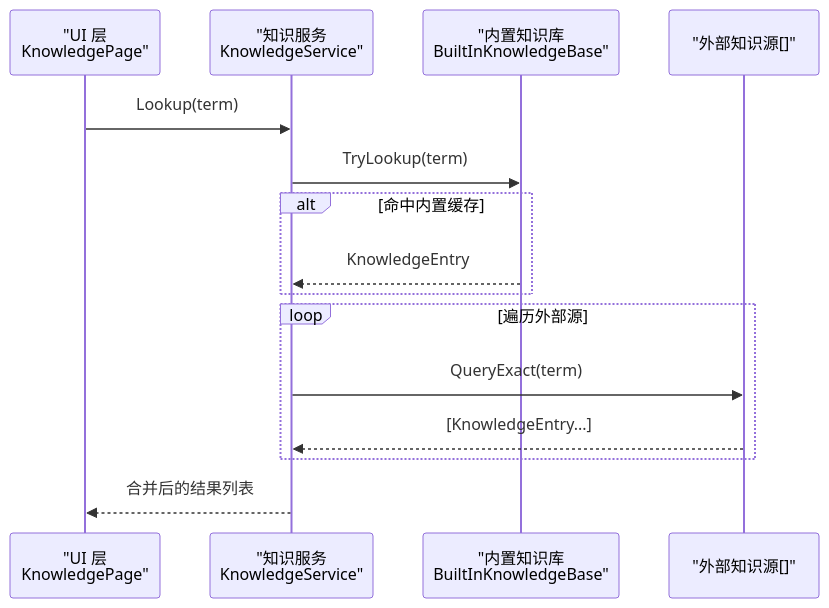
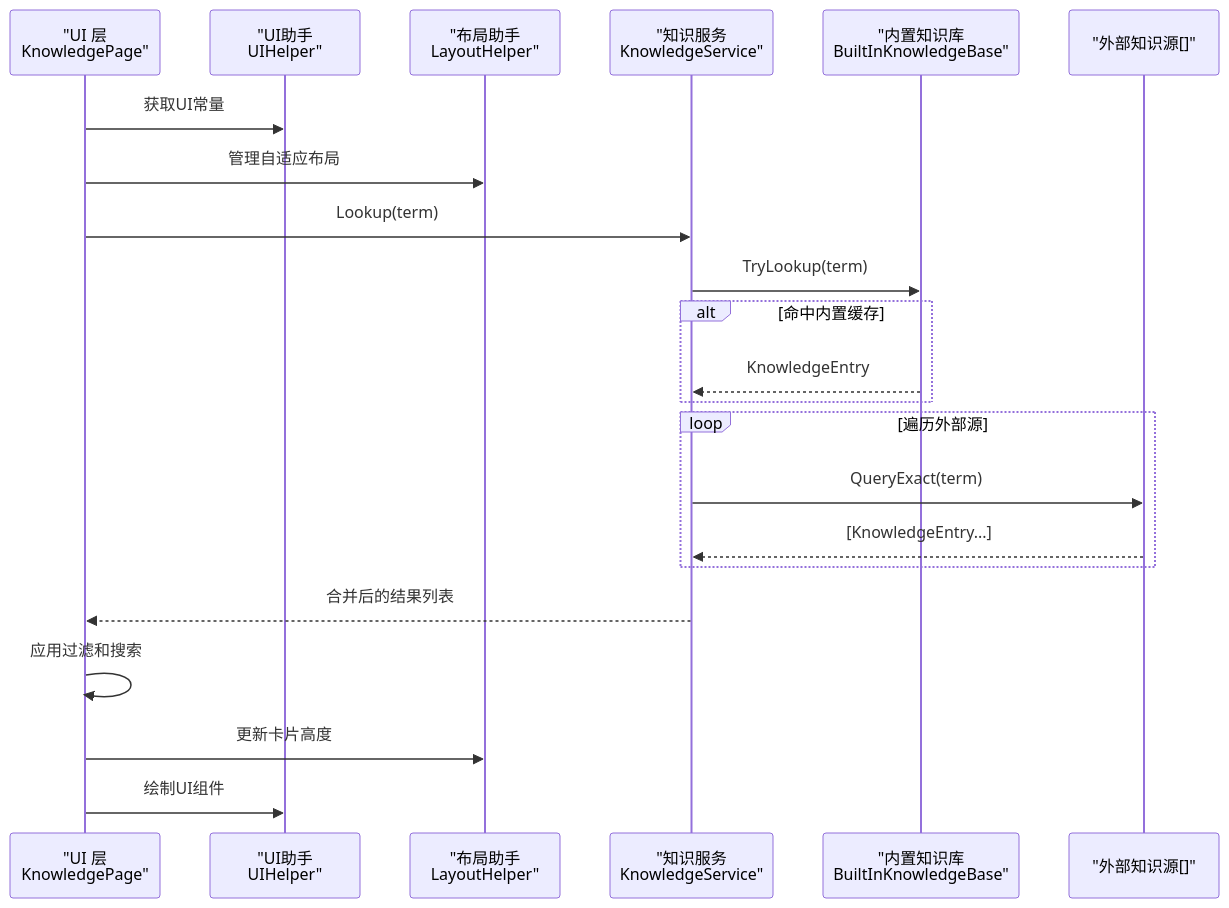
Before and after one commit to suzvka/RimLife: the second of 6 diagrams in .qoder/repowiki/zh/content/用户界面系统/知识页面.md, drawn with Mermaid. The commit also changed other lines of this file and 19 other files, not shown here.

````diff
--- a/.qoder/repowiki/zh/content/用户界面系统/知识页面.md
+++ b/.qoder/repowiki/zh/content/用户界面系统/知识页面.md
@@ -117,17 +148,24 @@
 ```mermaid
 sequenceDiagram
 participant UI as "UI 层<br/>KnowledgePage"
+participant Helper as "UI助手<br/>UIHelper"
+participant Layout as "布局助手<br/>LayoutHelper"
 participant Svc as "知识服务<br/>KnowledgeService"
 participant Cache as "内置知识库<br/>BuiltInKnowledgeBase"
 participant Ext as "外部知识源[]"
+UI->>Helper : 获取UI常量
+UI->>Layout : 管理自适应布局
 UI->>Svc : Lookup(term)
 Svc->>Cache : TryLookup(term)
 alt 命中内置缓存
 Cache-->>Svc : KnowledgeEntry
 end
 loop 遍历外部源
 Svc->>Ext : QueryExact(term)
 Ext-->>Svc : [KnowledgeEntry...]
 end
 Svc-->>UI : 合并后的结果列表
+UI->>UI : 应用过滤和搜索
+UI->>Layout : 更新卡片高度
+UI->>Helper : 绘制UI组件
 ```
````
